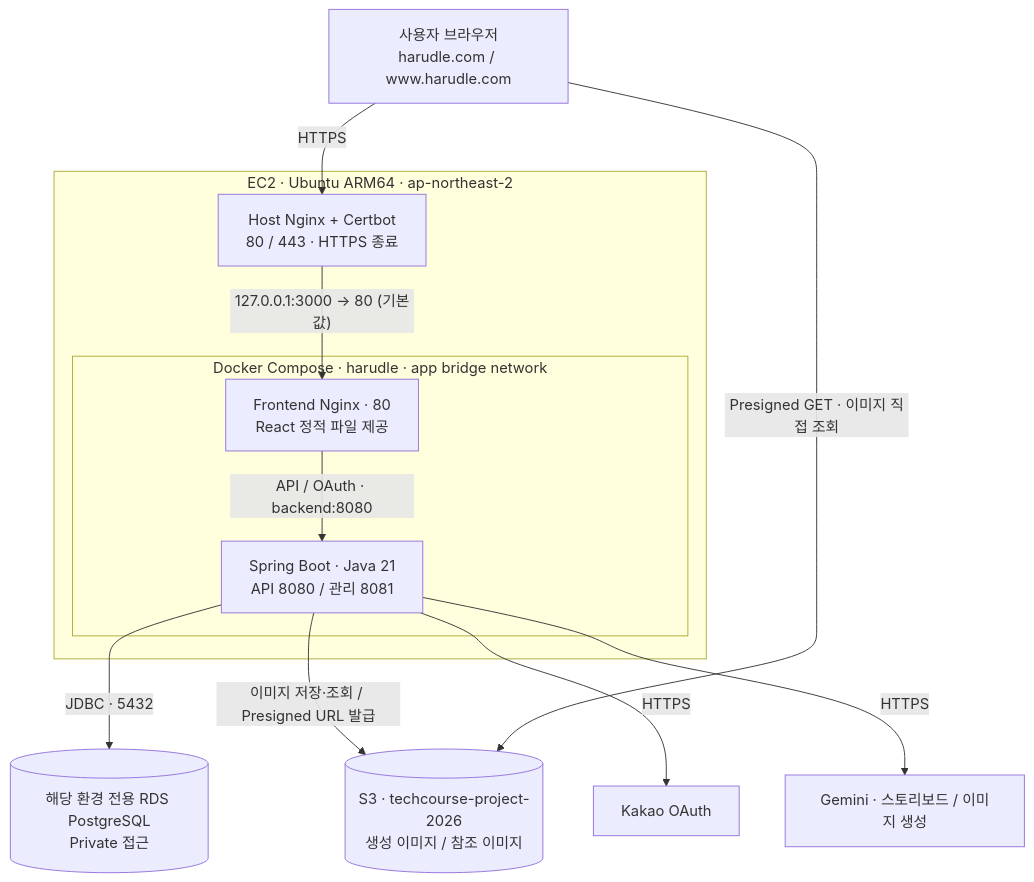
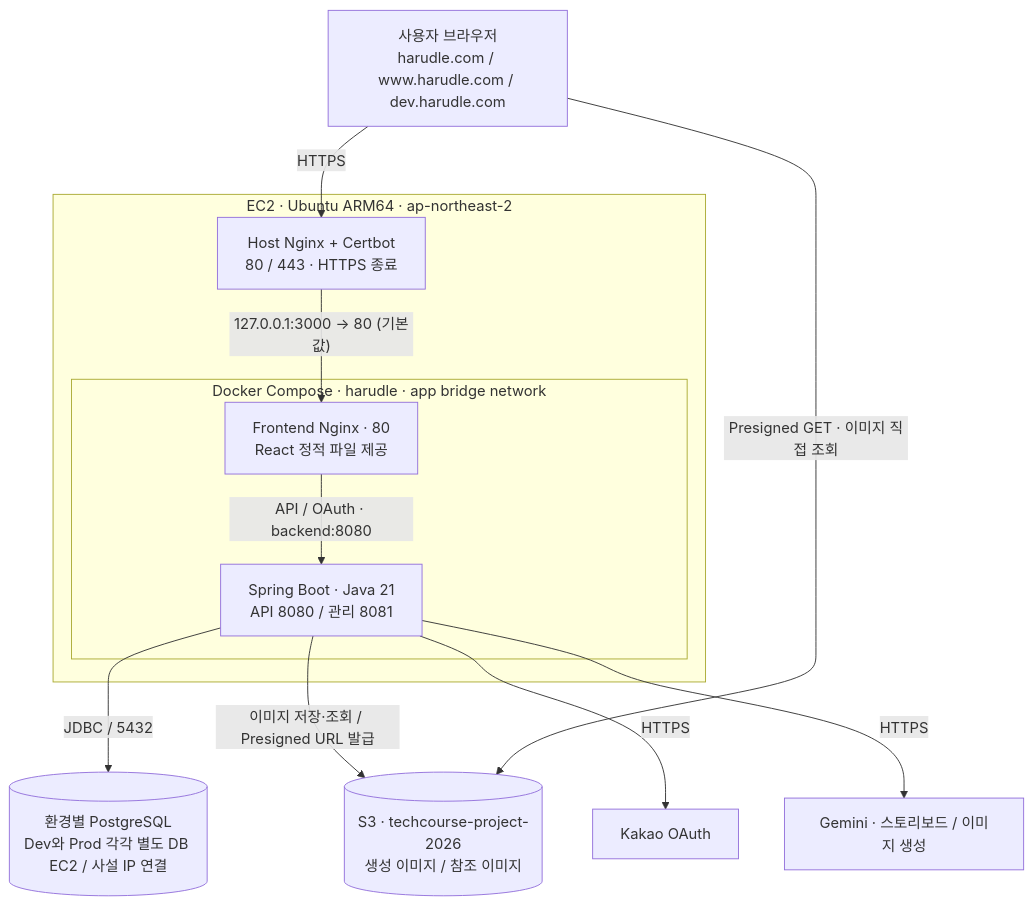
The first of 2 diagrams in AGENTS.md (woowacourse-teams/2026-Harudle), drawn with Mermaid before and after one commit. The commit also changed other lines of this file and 1 other file, not shown here.

````diff
--- a/AGENTS.md
+++ b/AGENTS.md
@@ -9,28 +15,28 @@
 ```mermaid
 flowchart TB
-    browser["사용자 브라우저<br/>harudle.com / www.harudle.com"]
+    browser["사용자 브라우저<br/>harudle.com / www.harudle.com / dev.harudle.com"]
 
     subgraph ec2["EC2 · Ubuntu ARM64 · ap-northeast-2"]
         host["Host Nginx + Certbot<br/>80 / 443 · HTTPS 종료"]
 
         subgraph docker["Docker Compose · harudle · app bridge network"]
             frontend["Frontend Nginx · 80<br/>React 정적 파일 제공"]
             backend["Spring Boot · Java 21<br/>API 8080 / 관리 8081"]
         end
 
         host -->|"127.0.0.1:3000 → 80 (기본값)"| frontend
         frontend -->|"API / OAuth · backend:8080"| backend
     end
 
-    rds[("해당 환경 전용 RDS PostgreSQL<br/>Private 접근")]
+    db[("환경별 PostgreSQL<br/>Dev와 Prod 각각 별도 DB EC2 / 사설 IP 연결")]
     s3[("S3 · techcourse-project-2026<br/>생성 이미지 / 참조 이미지")]
     kakao["Kakao OAuth"]
     gemini["Gemini · 스토리보드 / 이미지 생성"]
 
     browser -->|"HTTPS"| host
-    backend -->|"JDBC · 5432"| rds
+    backend -->|"JDBC / 5432"| db
     backend -->|"이미지 저장·조회 / Presigned URL 발급"| s3
     browser -->|"Presigned GET · 이미지 직접 조회"| s3
     backend -->|"HTTPS"| kakao
     backend -->|"HTTPS"| gemini
 ```
````
